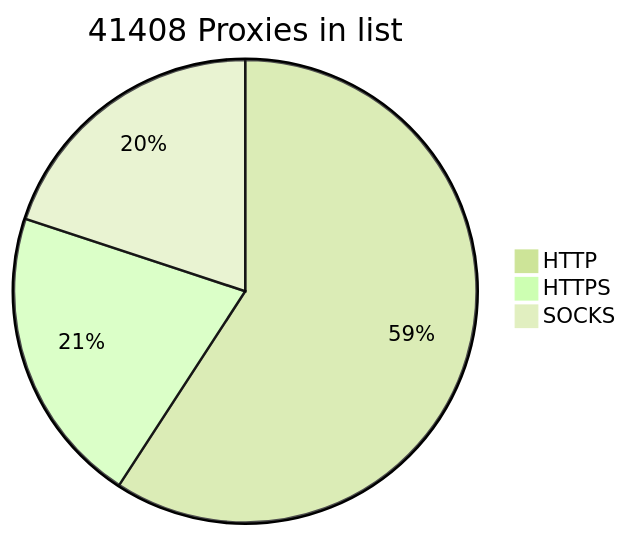
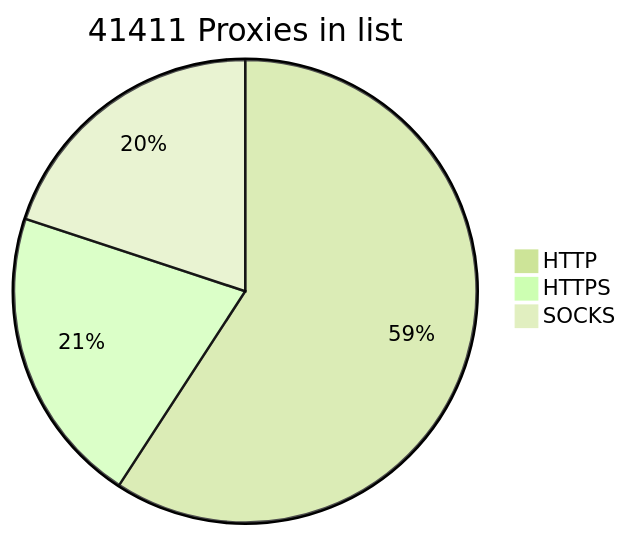
Before and after one commit to BlackSnowDot/proxylist-update-every-minute: the diagram in README.md, drawn with Mermaid (forest theme).

````diff
--- a/README.md
+++ b/README.md
@@ -2,6 +2,6 @@
 ```mermaid
-pie title 41408 Proxies in list
-    "HTTP" : 28492
-    "HTTPS": 10057
+pie title 41411 Proxies in list
+    "HTTP" : 28494
+    "HTTPS": 10059
     "SOCKS" : 9597
 ```
````
